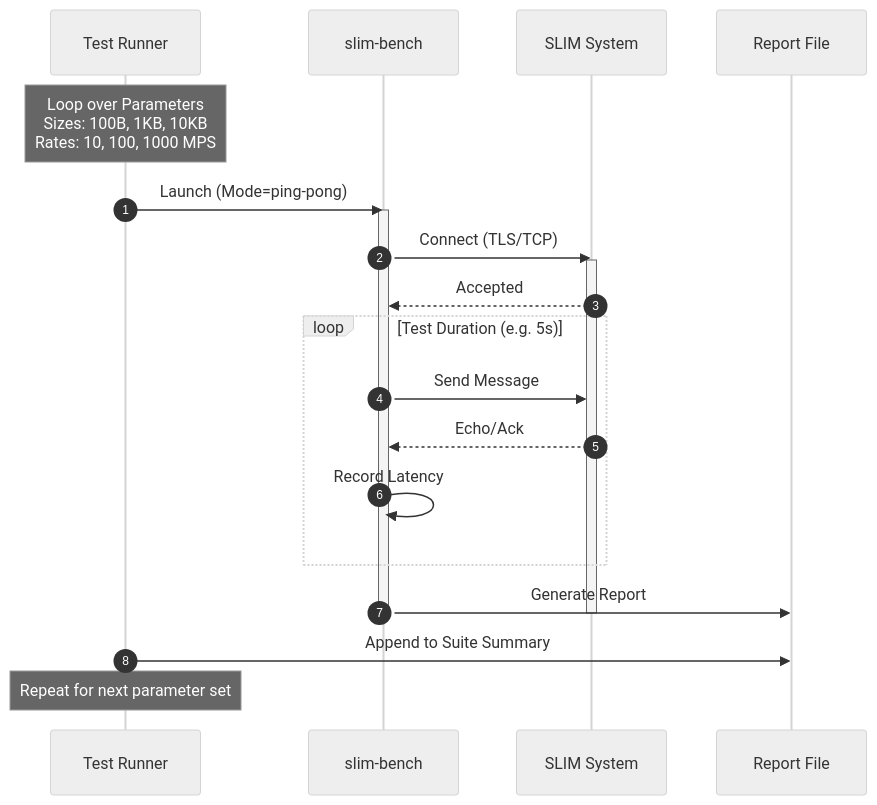
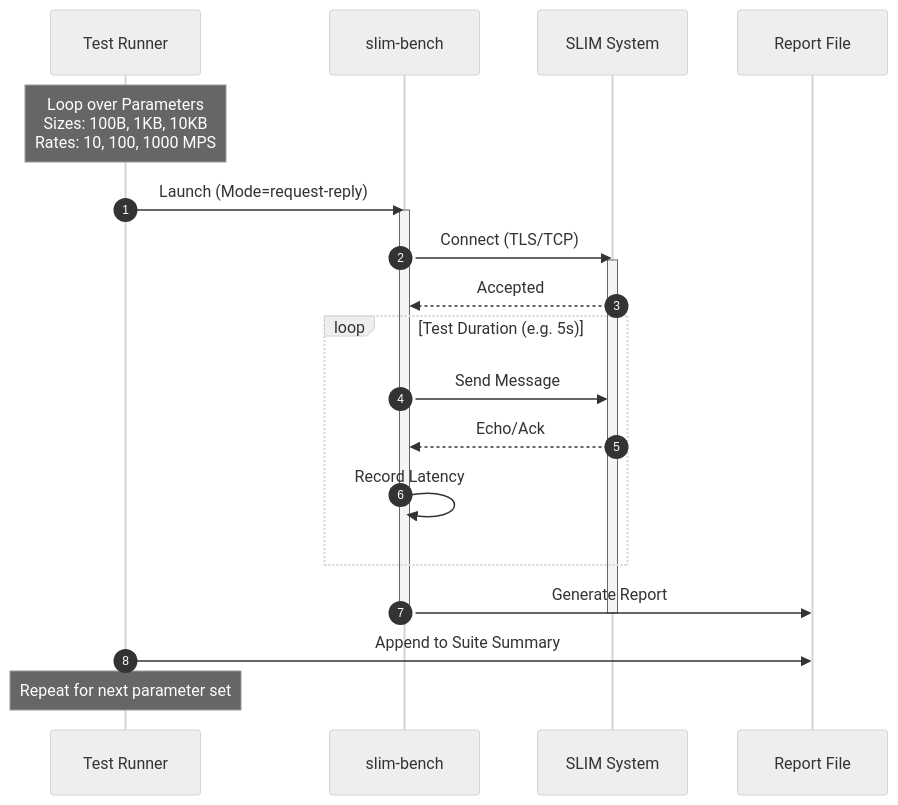
The diagram in benchmarks/agntcy-slim/tools/slim-bench/README.md (agntcy/csit), drawn with Mermaid (neutral theme) before and after one commit. The commit also changed other lines of this file and 21 other files, not shown here.

````diff
--- a/benchmarks/agntcy-slim/tools/slim-bench/README.md
+++ b/benchmarks/agntcy-slim/tools/slim-bench/README.md
@@ -153,30 +158,30 @@
 ```mermaid
 sequenceDiagram
     autonumber
     participant Runner as Test Runner
     participant Bench as slim-bench
     participant SUT as SLIM System
     participant Report as Report File
 
     Note over Runner: Loop over Parameters<br/>Sizes: 100B, 1KB, 10KB<br/>Rates: 10, 100, 1000 MPS
 
-    Runner->>Bench: Launch (Mode=ping-pong)
+    Runner->>Bench: Launch (Mode=request-reply)
     activate Bench
 
     Bench->>SUT: Connect (TLS/TCP)
     activate SUT
     SUT-->>Bench: Accepted
 
     loop Test Duration (e.g. 5s)
         Bench->>SUT: Send Message
         SUT-->>Bench: Echo/Ack
         Bench->>Bench: Record Latency
     end
 
     Bench->>Report: Generate Report
     deactivate SUT
     deactivate Bench
 
     Runner->>Report: Append to Suite Summary
     Note over Runner: Repeat for next parameter set
 ```
````
